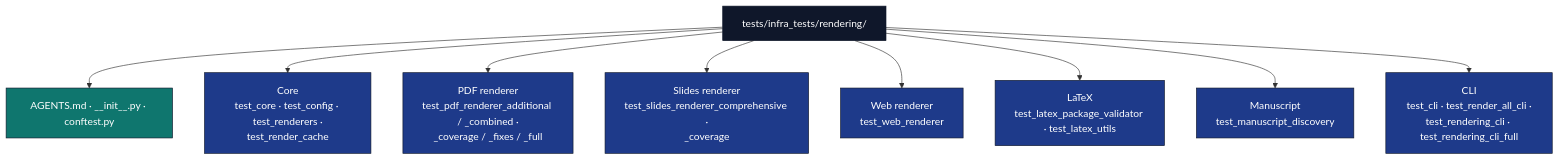
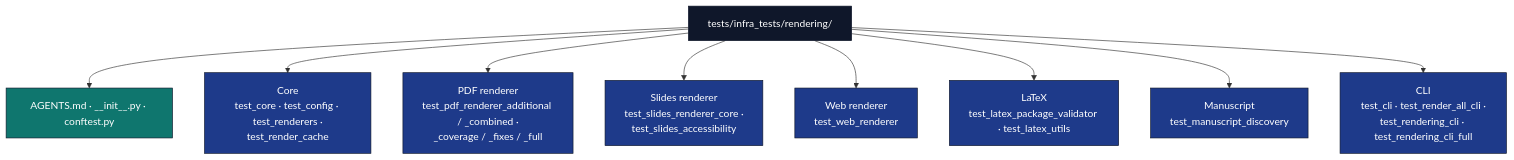
One commit to docxology/template changed the diagram in tests/infra_tests/rendering/AGENTS.md. Above: the diagram before and after it, drawn with Mermaid. The commit also changed other lines of this file and 7 other files, not shown here.

````diff
--- a/tests/infra_tests/rendering/AGENTS.md
+++ b/tests/infra_tests/rendering/AGENTS.md
@@ -9,19 +9,19 @@
 ```mermaid
 flowchart TB
     T[tests/infra_tests/rendering/]
     T --> META[AGENTS.md · __init__.py · conftest.py]
     T --> CORE[Core<br/>test_core · test_config · test_renderers ·<br/>test_render_cache]
     T --> PDF[PDF renderer<br/>test_pdf_renderer_additional / _combined ·<br/>_coverage / _fixes / _full]
-    T --> SLIDES[Slides renderer<br/>test_slides_renderer_comprehensive ·<br/>_coverage]
+    T --> SLIDES[Slides renderer<br/>test_slides_renderer_core ·<br/>test_slides_accessibility]
     T --> WEB[Web renderer<br/>test_web_renderer]
     T --> LATEX[LaTeX<br/>test_latex_package_validator · test_latex_utils]
     T --> MAN[Manuscript<br/>test_manuscript_discovery]
     T --> CLI[CLI<br/>test_cli · test_render_all_cli ·<br/>test_rendering_cli · test_rendering_cli_full]
 
     classDef d fill:#0f172a,stroke:#0f172a,color:#fff
     classDef cat fill:#1e3a8a,stroke:#0f172a,color:#fff
     classDef doc fill:#0f766e,stroke:#0f172a,color:#fff
     class T d
     class CORE,PDF,SLIDES,WEB,LATEX,MAN,CLI cat
     class META doc
 ```
````
